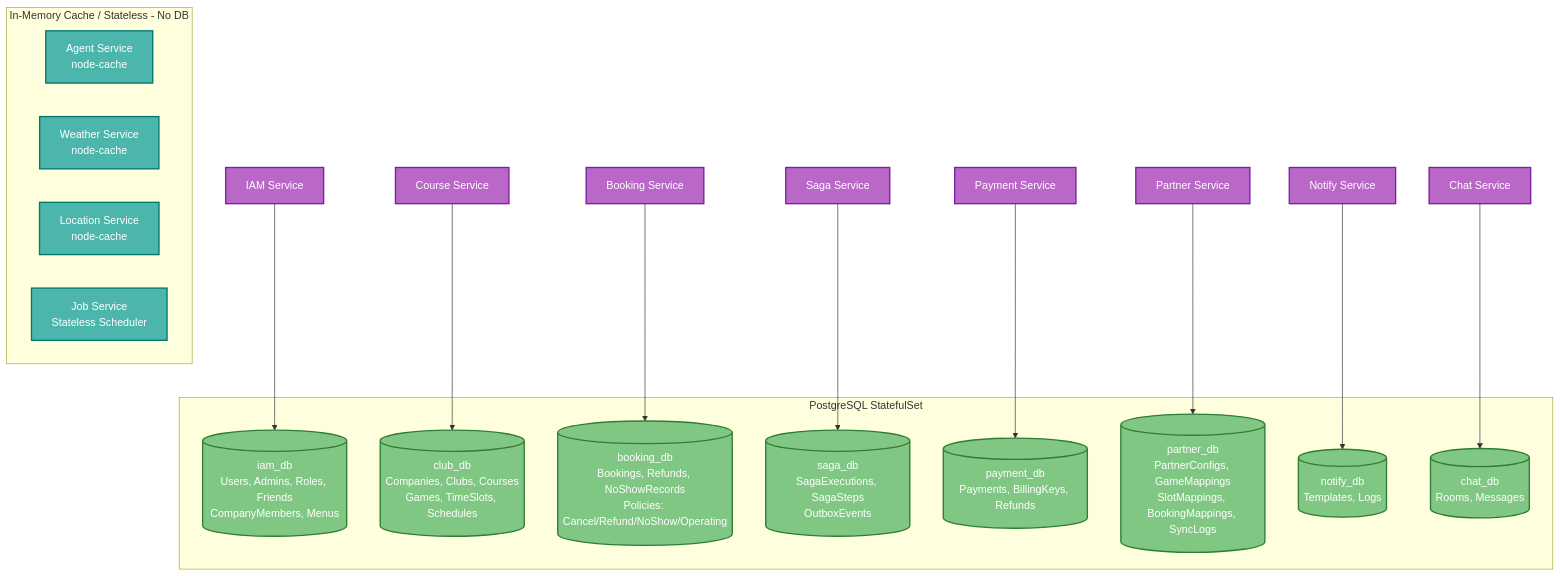
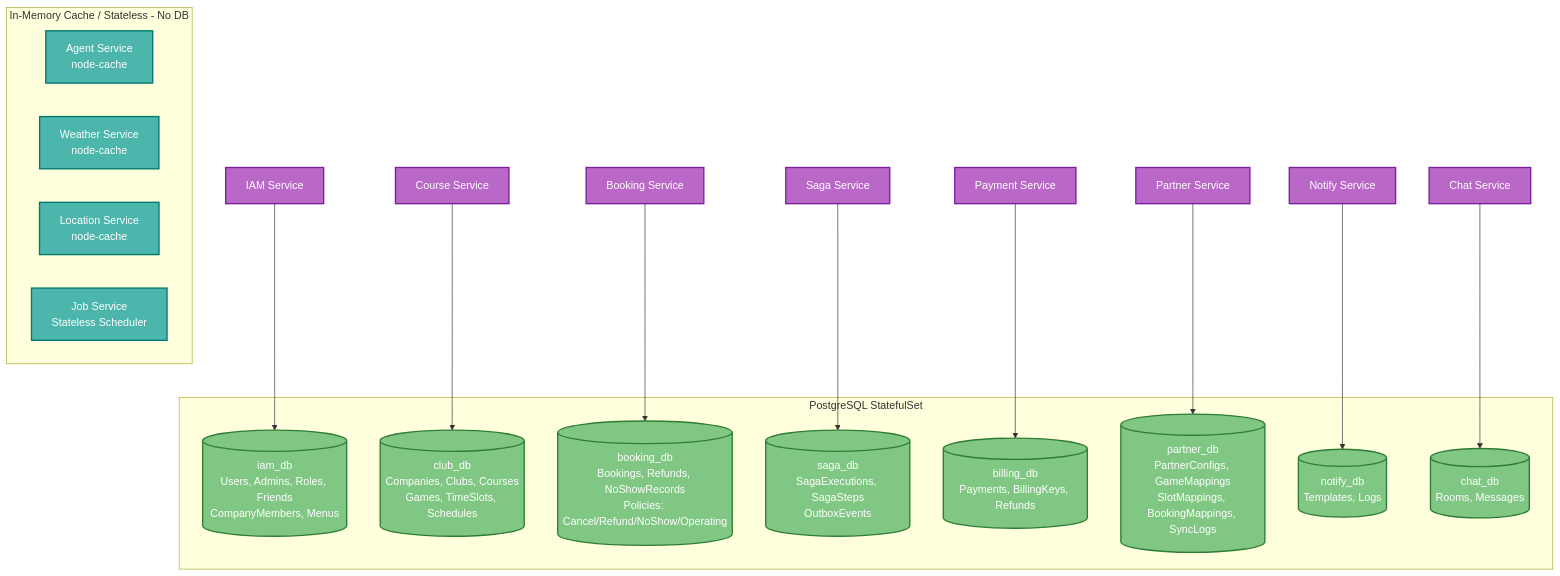
One commit to uniyous/parkgolf-platform changed the fifth of 7 diagrams in docs/architecture/system.md. Above: the diagram before and after it, drawn with Mermaid. The commit also changed other lines of this file and 37 other files, not shown here.

First line of the commit message:
refactor(infra): NATS subject·DB명 리네임 — agent.*→concierge.* · payment.*→billing.* (UNI-91)

````diff
--- a/docs/architecture/system.md
+++ b/docs/architecture/system.md
@@ -485,42 +485,42 @@
 ```mermaid
 graph TB
   classDef service fill:#ba68c8,stroke:#7b1fa2,stroke-width:2px,color:#fff
   classDef db fill:#81c784,stroke:#2e7d32,stroke-width:2px,color:#fff
   classDef cache fill:#4db6ac,stroke:#00796b,stroke-width:2px,color:#fff
 
   IAM["IAM Service"]:::service
   COURSE["Course Service"]:::service
   BOOK["Booking Service"]:::service
   SAGA["Saga Service"]:::service
   PAY["Payment Service"]:::service
   PARTNER["Partner Service"]:::service
   NOTIFY["Notify Service"]:::service
   CHAT["Chat Service"]:::service
 
   subgraph PostgreSQL["PostgreSQL StatefulSet"]
     IAM_DB[("iam_db<br/>Users, Admins, Roles, Friends<br/>CompanyMembers, Menus")]:::db
     COURSE_DB[("club_db<br/>Companies, Clubs, Courses<br/>Games, TimeSlots, Schedules")]:::db
     BOOKING_DB[("booking_db<br/>Bookings, Refunds, NoShowRecords<br/>Policies: Cancel/Refund/NoShow/Operating")]:::db
     SAGA_DB[("saga_db<br/>SagaExecutions, SagaSteps<br/>OutboxEvents")]:::db
-    PAYMENT_DB[("payment_db<br/>Payments, BillingKeys, Refunds")]:::db
+    PAYMENT_DB[("billing_db<br/>Payments, BillingKeys, Refunds")]:::db
     PARTNER_DB[("partner_db<br/>PartnerConfigs, GameMappings<br/>SlotMappings, BookingMappings, SyncLogs")]:::db
     NOTIFY_DB[("notify_db<br/>Templates, Logs")]:::db
     CHAT_DB[("chat_db<br/>Rooms, Messages")]:::db
   end
 
   IAM --> IAM_DB
   COURSE --> COURSE_DB
   BOOK --> BOOKING_DB
   SAGA --> SAGA_DB
   PAY --> PAYMENT_DB
   PARTNER --> PARTNER_DB
   NOTIFY --> NOTIFY_DB
   CHAT --> CHAT_DB
 
   subgraph NoDB["In-Memory Cache / Stateless - No DB"]
     AGENT["Agent Service<br/>node-cache"]:::cache
     WEATHER["Weather Service<br/>node-cache"]:::cache
     LOCATION["Location Service<br/>node-cache"]:::cache
     JOB["Job Service<br/>Stateless Scheduler"]:::cache
   end
 ```
````
